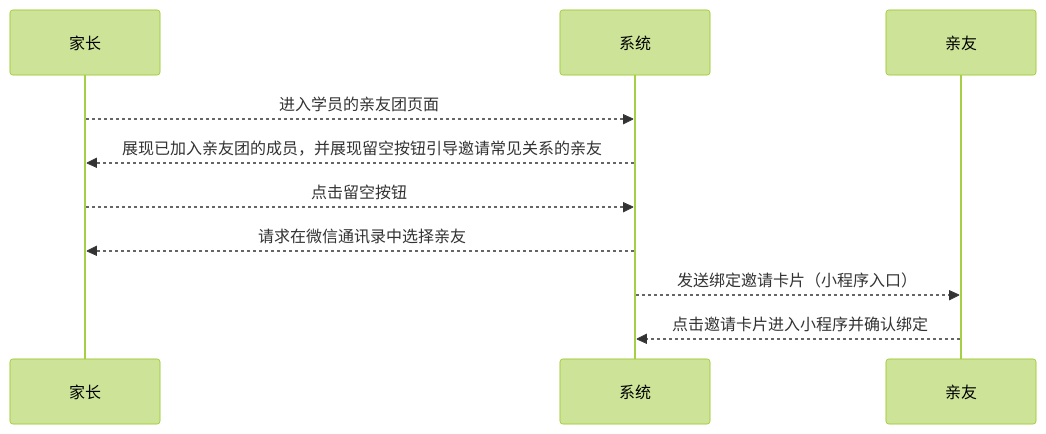
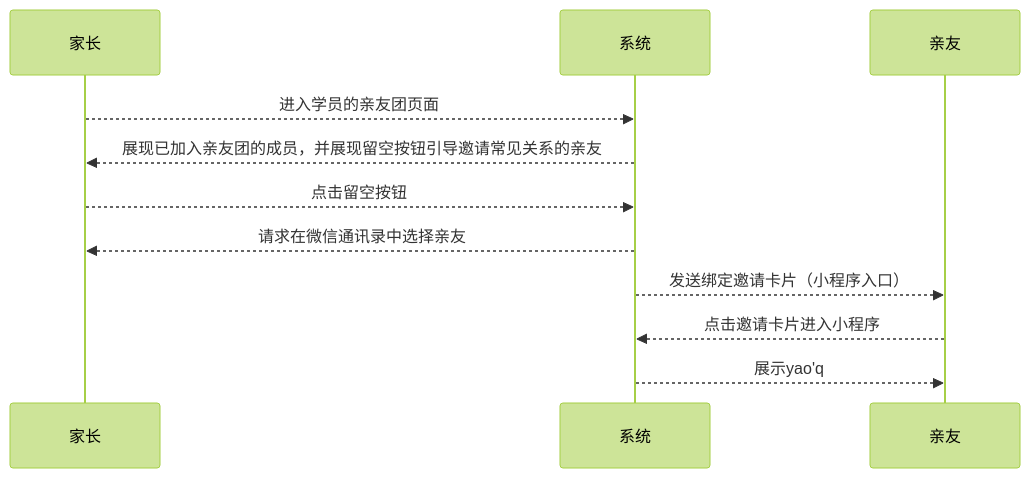
One commit to world-wide-web/sign changed the first of 2 diagrams in 用例/家长-学员关系绑定.md. Above: the diagram before and after it, drawn with Mermaid (forest theme). The commit also changed other lines of this file, not shown here.

````diff
--- a/用例/家长-学员关系绑定.md
+++ b/用例/家长-学员关系绑定.md
@@ -10,18 +10,18 @@
 ```mermaid
 sequenceDiagram
 
 家长-->>系统: 进入学员的亲友团页面
 
 系统-->>家长: 展现已加入亲友团的成员，并展现留空按钮引导邀请常见关系的亲友
 
 家长-->>系统: 点击留空按钮
 
 系统-->>家长: 请求在微信通讯录中选择亲友
 
 系统-->>亲友: 发送绑定邀请卡片（小程序入口）
 
-亲友-->>系统: 点击邀请卡片进入小程序并确认绑定
+亲友-->>系统: 点击邀请卡片进入小程序
 
-
+系统-->>亲友: 展示yao'q
 
 ```
````
